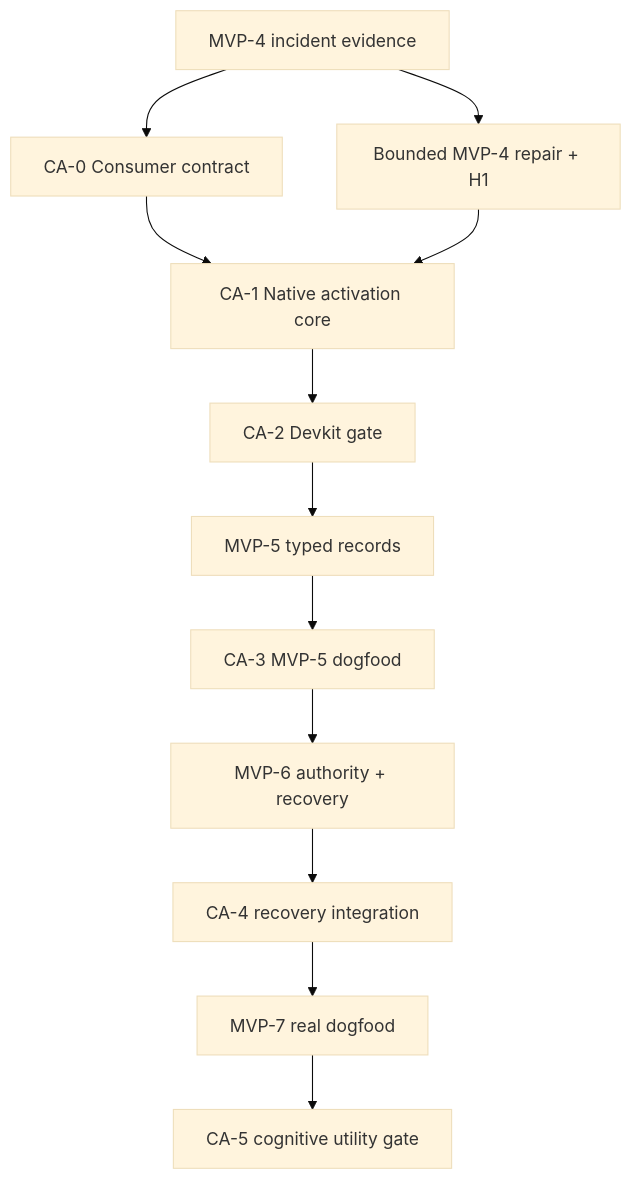
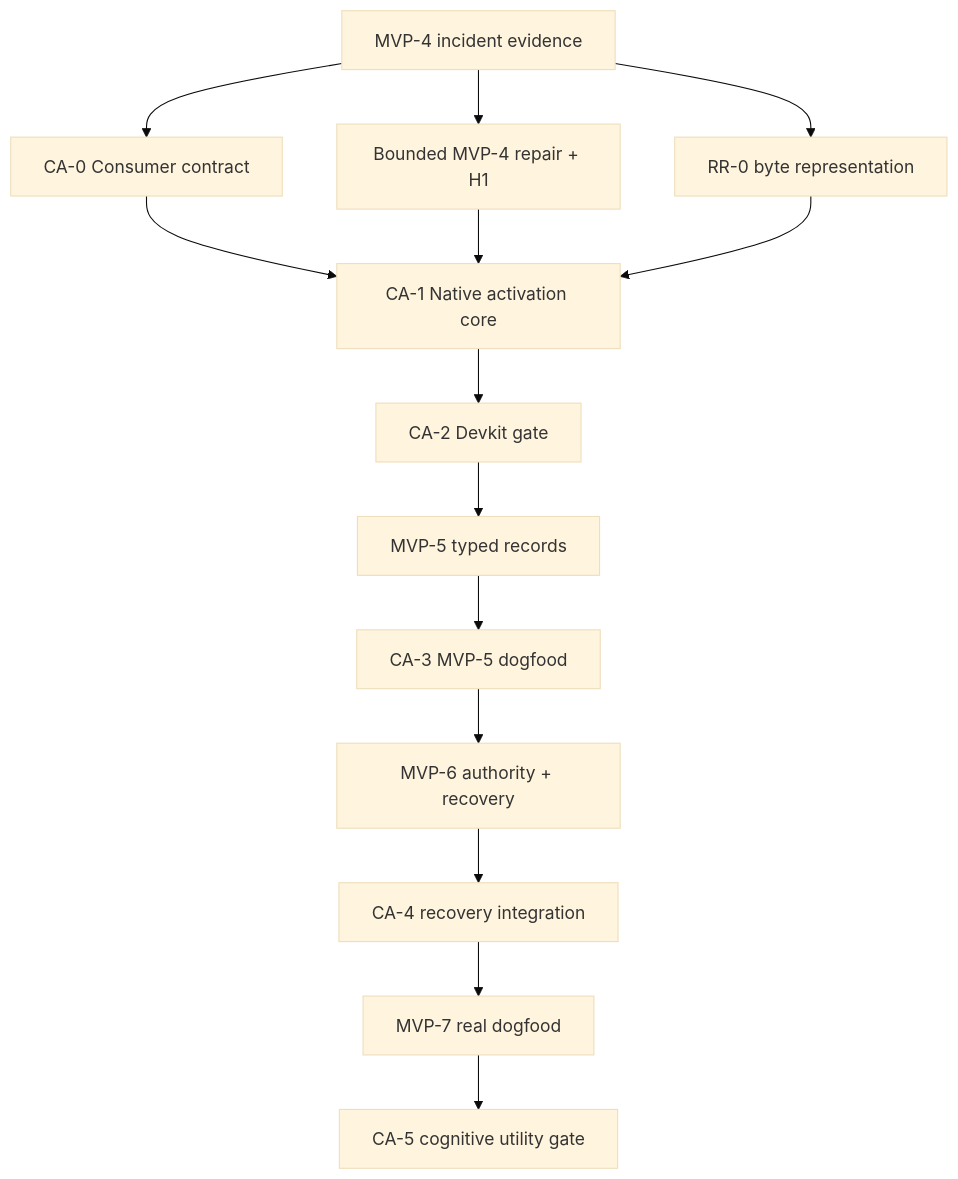
Before and after one commit to JasonHuang3D/qiven-docs: the diagram in proposal/2026-09-23/03-qiven-runtime-mvp-roadmap-amendment.md, drawn with Mermaid (base theme). The commit also changed other lines of this file and 4 other files, not shown here.

````diff
--- a/proposal/2026-09-23/03-qiven-runtime-mvp-roadmap-amendment.md
+++ b/proposal/2026-09-23/03-qiven-runtime-mvp-roadmap-amendment.md
@@ -79,14 +79,16 @@
 ```mermaid
 flowchart TD
     I["MVP-4 incident evidence"] --> C0["CA-0 Consumer contract"]
     I --> R["Bounded MVP-4 repair + H1"]
+    I --> B["RR-0 byte representation"]
     C0 --> C1["CA-1 Native activation core"]
     R --> C1
+    B --> C1
     C1 --> C2["CA-2 Devkit gate"]
     C2 --> M5["MVP-5 typed records"]
     M5 --> C3["CA-3 MVP-5 dogfood"]
     C3 --> M6["MVP-6 authority + recovery"]
     M6 --> C4["CA-4 recovery integration"]
     C4 --> M7["MVP-7 real dogfood"]
     M7 --> C5["CA-5 cognitive utility gate"]
 ```
````
